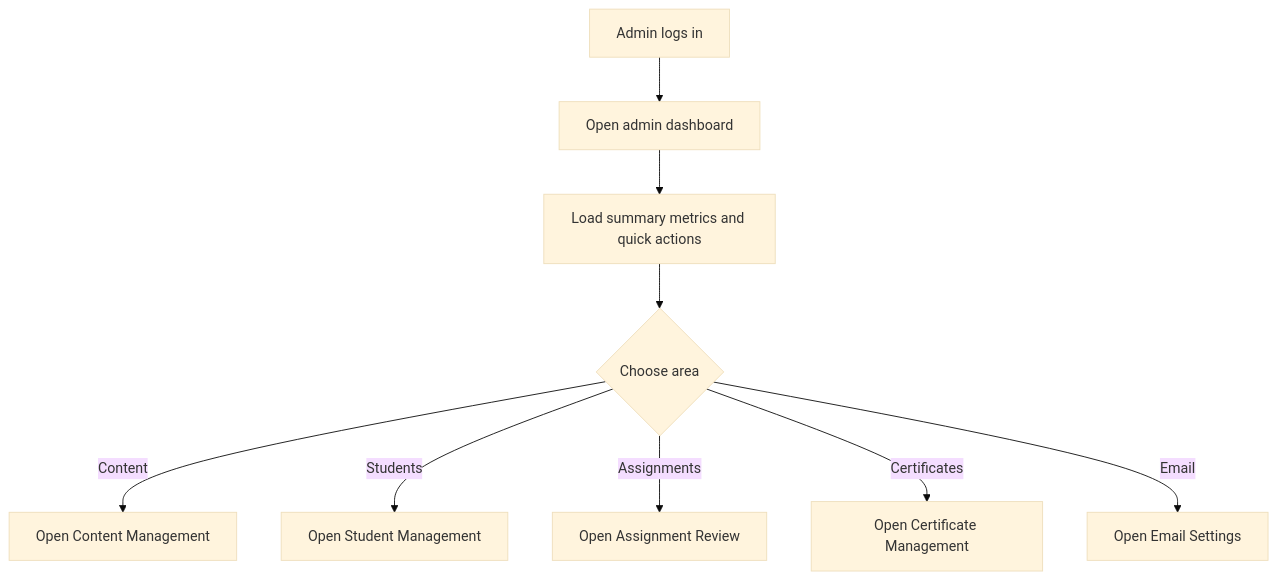
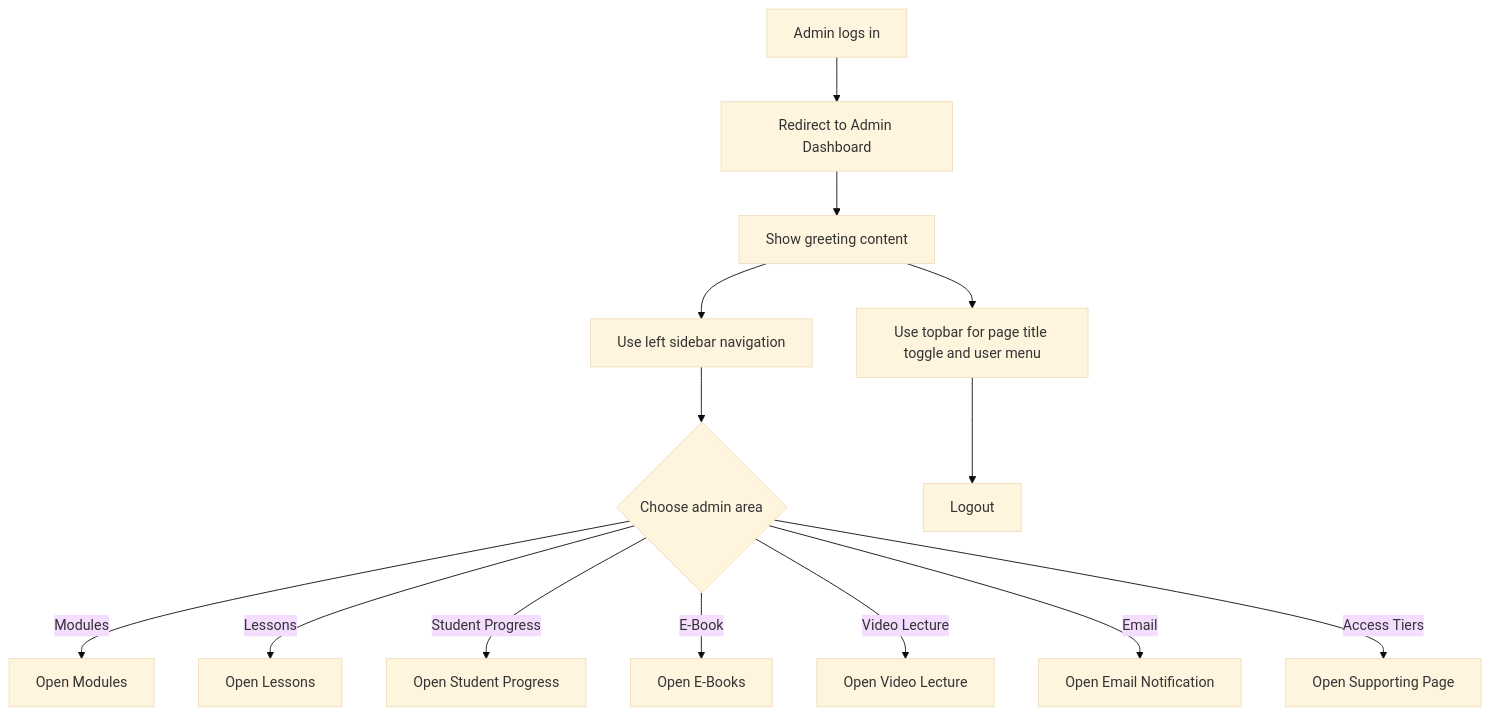
One commit to weslyambaritaa/YogaFX-Learning-Management-System-Web changed the diagram in docs/mermaid/admin-dashboard-flow.mmd. Above: the diagram before and after it, drawn with Mermaid (base theme). The commit also changed 44 other files, not shown here.

Commit message:
docs: refresh project documentation, flows, and diagrams as source of truth

```diff
--- a/docs/mermaid/admin-dashboard-flow.mmd
+++ b/docs/mermaid/admin-dashboard-flow.mmd
@@ -1,9 +1,14 @@
 flowchart TD
-    A[Admin logs in] --> B[Open admin dashboard]
-    B --> C[Load summary metrics and quick actions]
-    C --> D{Choose area}
-    D -->|Content| E[Open Content Management]
-    D -->|Students| F[Open Student Management]
-    D -->|Assignments| G[Open Assignment Review]
-    D -->|Certificates| H[Open Certificate Management]
-    D -->|Email| I[Open Email Settings]
+    A[Admin logs in] --> B[Redirect to Admin Dashboard]
+    B --> C[Show greeting content]
+    C --> D[Use left sidebar navigation]
+    D --> E{Choose admin area}
+    E -->|Modules| F[Open Modules]
+    E -->|Lessons| G[Open Lessons]
+    E -->|Student Progress| H[Open Student Progress]
+    E -->|E-Book| I[Open E-Books]
+    E -->|Video Lecture| J[Open Video Lecture]
+    E -->|Email| K[Open Email Notification]
+    E -->|Access Tiers| L[Open Supporting Page]
+    C --> M[Use topbar for page title toggle and user menu]
+    M --> N[Logout]
```
